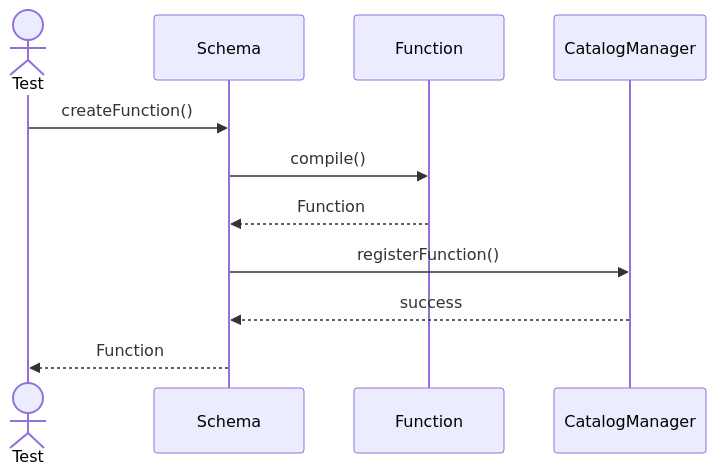
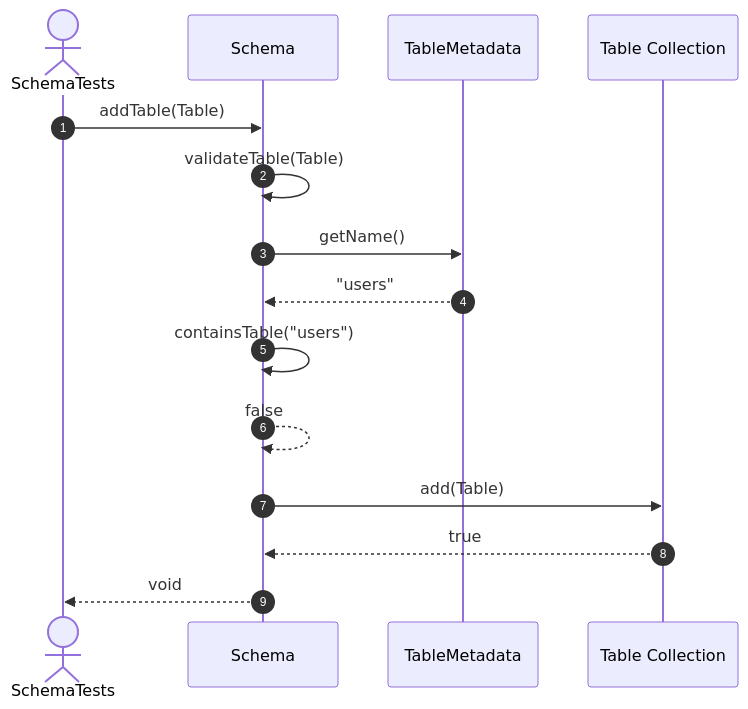
Before and after one commit to FhuAnn/-bbv-AN-s-DBMS: the sixth of 15 diagrams in src/tests/unit/metadata/sequences/schemas-testing-sequences.md, drawn with Mermaid. The commit also changed other lines of this file and 60 other files, not shown here.

Commit message:
refactor data table, row, column, constraint, index test file

````diff
--- a/src/tests/unit/metadata/sequences/schemas-testing-sequences.md
+++ b/src/tests/unit/metadata/sequences/schemas-testing-sequences.md
@@ -169,22 +100,18 @@
 ```mermaid
 sequenceDiagram
-actor Test
+    autonumber
+    actor Test as SchemaTests
+    participant Schema as Schema
+    participant Table as TableMetadata
+    participant Tables as Table Collection
 
-participant Schema
-
-participant Function
-
-participant CatalogManager
-
-Test->>Schema: createFunction()
-
-Schema->>Function: compile()
-
-Function-->>Schema: Function
-
-Schema->>CatalogManager: registerFunction()
-
-CatalogManager-->>Schema: success
-
-Schema-->>Test: Function
+    Test->>Schema: addTable(Table)
+    Schema->>Schema: validateTable(Table)
+    Schema->>Table: getName()
+    Table-->>Schema: "users"
+    Schema->>Schema: containsTable("users")
+    Schema-->>Schema: false
+    Schema->>Tables: add(Table)
+    Tables-->>Schema: true
+    Schema-->>Test: void
 ```
````
